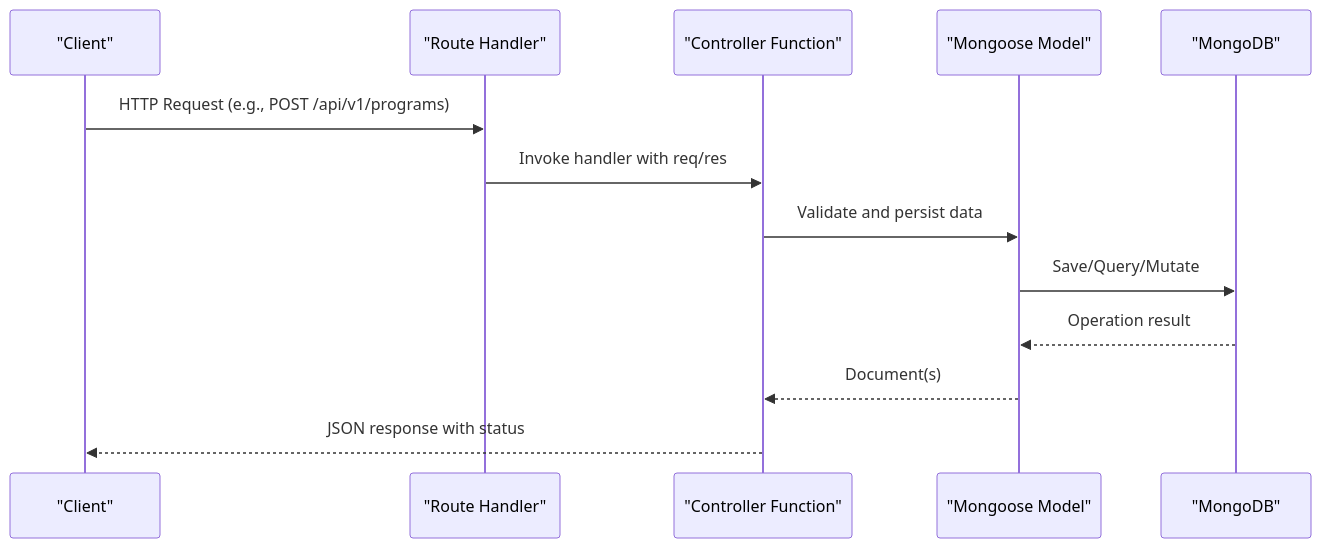
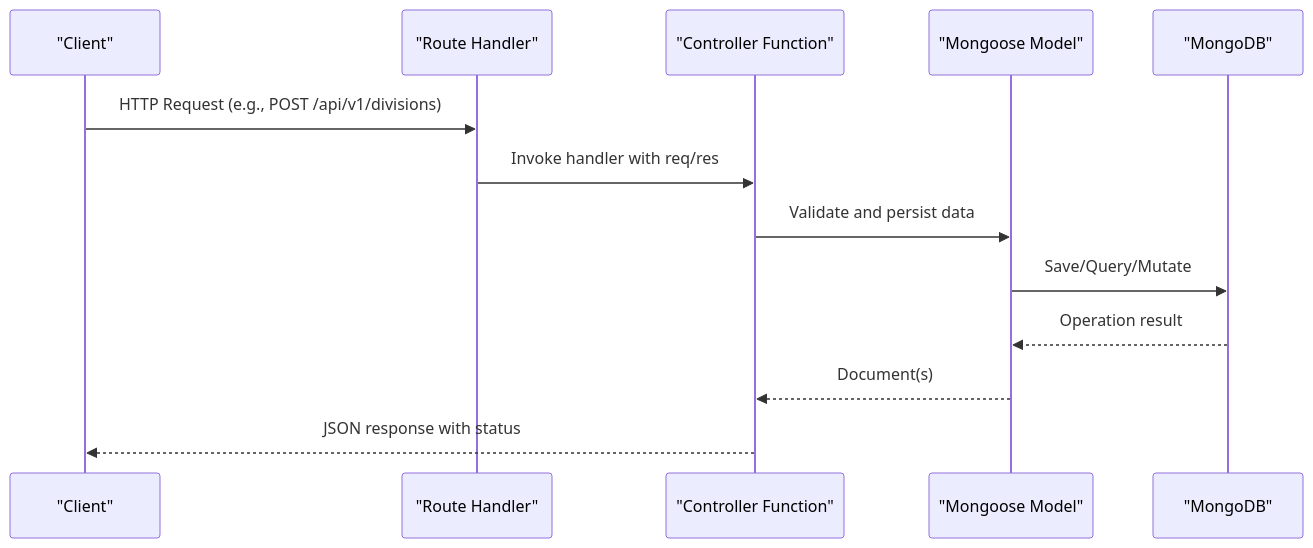
Before and after one commit to Aryan9060/Timetable-Project: the second of 7 diagrams in .qoder/repowiki/en/content/API Reference/Master Data Endpoints/Class & Program Management Endpoints.md, drawn with Mermaid. The commit also changed other lines of this file and 15 other files, not shown here.

````diff
--- a/.qoder/repowiki/en/content/API Reference/Master Data Endpoints/Class & Program Management Endpoints.md
+++ b/.qoder/repowiki/en/content/API Reference/Master Data Endpoints/Class & Program Management Endpoints.md
@@ -203,15 +219,15 @@
 ```mermaid
 sequenceDiagram
 participant Client as "Client"
 participant Router as "Route Handler"
 participant Controller as "Controller Function"
 participant Model as "Mongoose Model"
 participant DB as "MongoDB"
-Client->>Router : HTTP Request (e.g., POST /api/v1/programs)
+Client->>Router : HTTP Request (e.g., POST /api/v1/divisions)
 Router->>Controller : Invoke handler with req/res
 Controller->>Model : Validate and persist data
 Model->>DB : Save/Query/Mutate
 DB-->>Model : Operation result
 Model-->>Controller : Document(s)
 Controller-->>Client : JSON response with status
 ```
````
